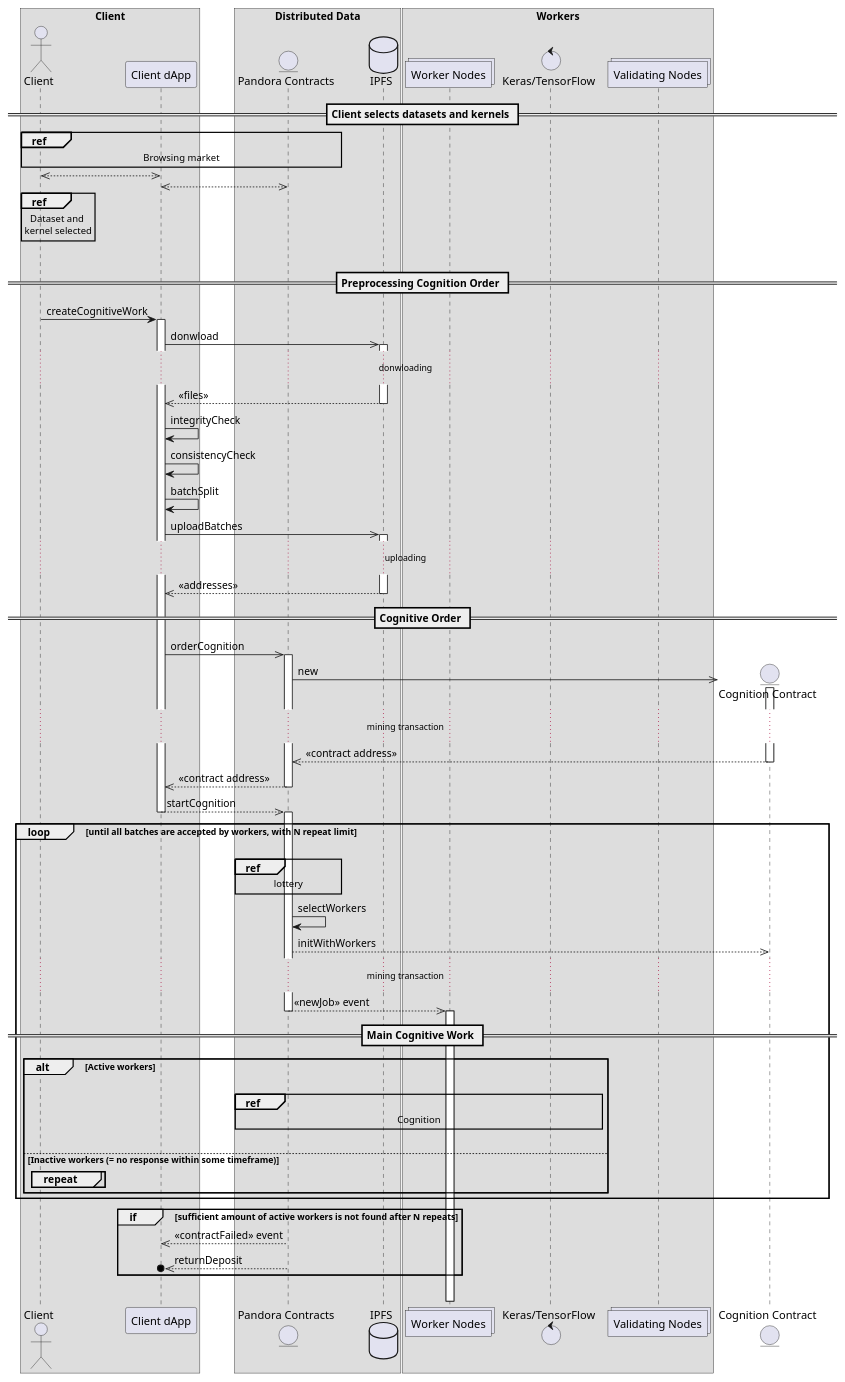
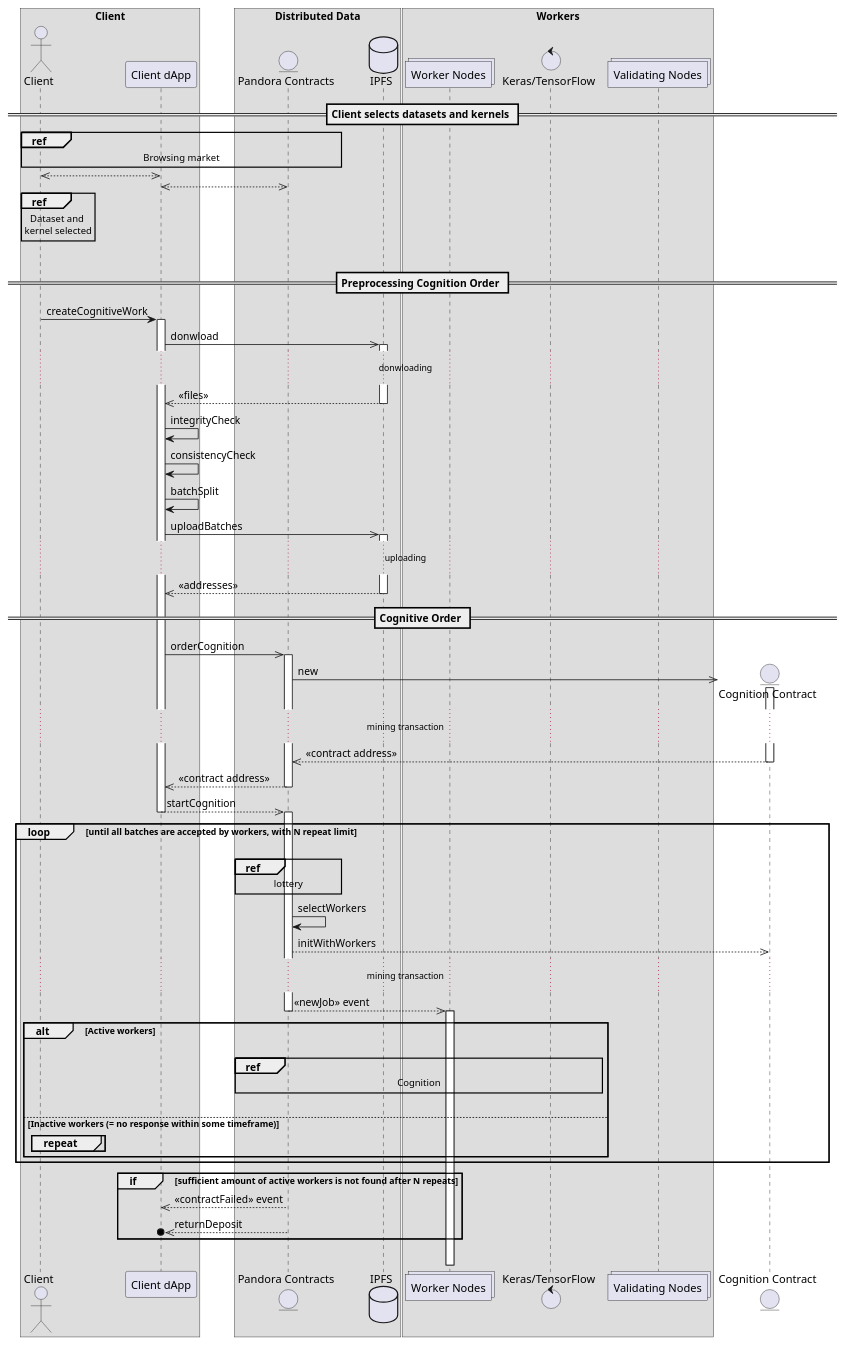
Before and after one commit to pandoraboxchain/pocw-techspecs: the diagram in sequence_cognition_10.plantuml, drawn with PlantUML.

```diff
--- a/sequence_cognition_10.plantuml
+++ b/sequence_cognition_10.plantuml
@@ -1,96 +1,93 @@
 @startuml
 box "Client"
   actor "Client" as client
   participant "Client dApp" as dapp
 end box
 
 box "Distributed Data"
   entity "Pandora Contracts" as pandora
   database "IPFS" as ipfs
 end box
 
 box "Workers"
   collections "Worker Nodes" as workers
   control "Keras/TensorFlow" as nn
   collections "Validating Nodes" as validators
 end box
 
 == Client selects datasets and kernels ==
 
 ref over client, dapp, pandora: Browsing market
 client <<-->> dapp
 dapp <<-->> pandora
 ref over client
   Dataset and 
   kernel selected
 end ref
 
 |||
 
 == Preprocessing Cognition Order ==
 
 client -> dapp: createCognitiveWork
 activate dapp
 dapp ->> ipfs: donwload
 activate ipfs
 ... donwloading ...
 ipfs -->> dapp: << files >>
 deactivate ipfs
 
 dapp -> dapp: integrityCheck
 dapp -> dapp: consistencyCheck
 dapp -> dapp: batchSplit
 dapp ->> ipfs: uploadBatches
 activate ipfs
 ... uploading ...
 ipfs -->> dapp: << addresses >>
 deactivate ipfs
 
 == Cognitive Order ==
 
 dapp ->> pandora: orderCognition
 activate pandora
 create entity "Cognition Contract" as cognition
 pandora ->> cognition: new
 activate cognition
 ... mining transaction ...
 cognition -->> pandora: << contract address >>
 deactivate cognition
 
 pandora -->> dapp: << contract address >>
 deactivate pandora
 
 dapp -->> pandora: startCognition
 deactivate dapp
 activate pandora
 
 loop until all batches are accepted by workers, with N repeat limit
   |||
   ref over pandora: lottery
   pandora -> pandora: selectWorkers
   pandora -->> cognition: initWithWorkers
 ... mining transaction ...
   pandora -->> workers: << newJob >> event
   deactivate pandora
-
-== Main Cognitive Work ==
   activate workers
-
   alt Active workers
     |||
     ref over pandora, nn: Cognition
     |||
   else Inactive workers (= no response within some timeframe)
     group repeat
     end
   end
 end
 
 group if [sufficient amount of active workers is not found after N repeats]
   activate pandora
   pandora -->> dapp: << contractFailed >> event
   pandora -->>o dapp: returnDeposit
   deactivate pandora
 end
 |||
 @enduml
```
